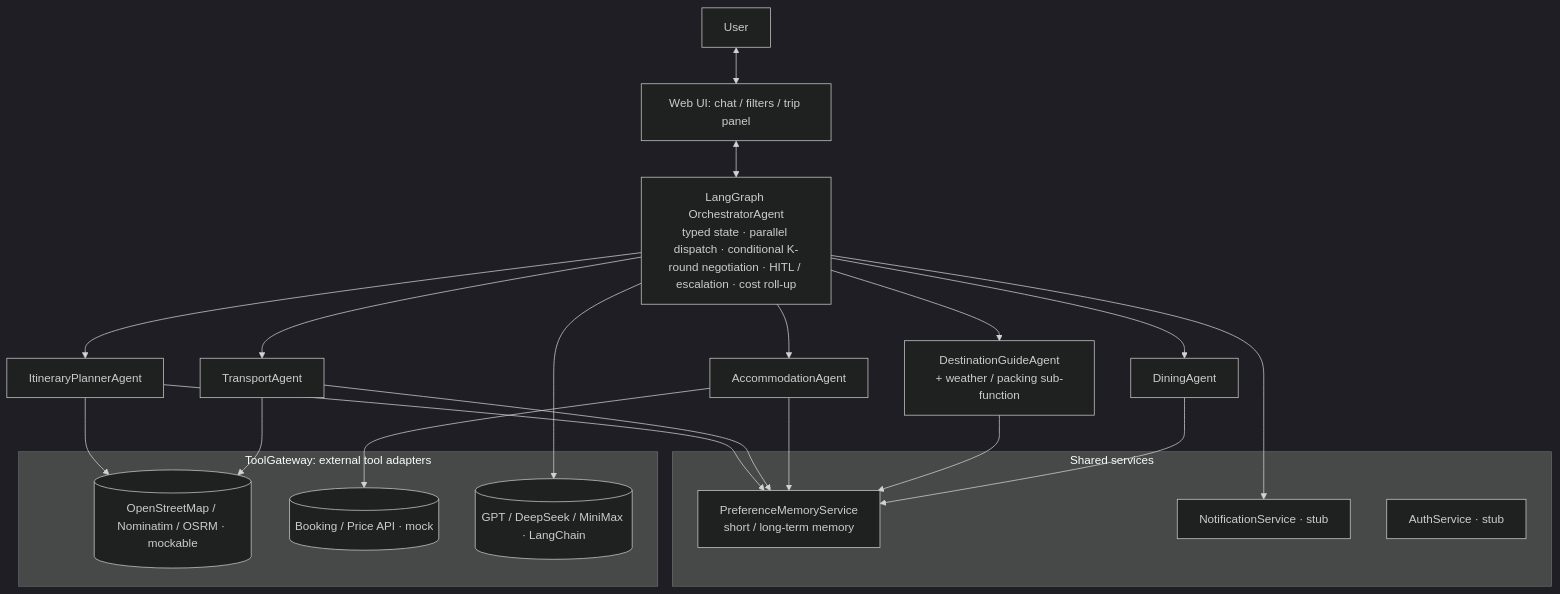
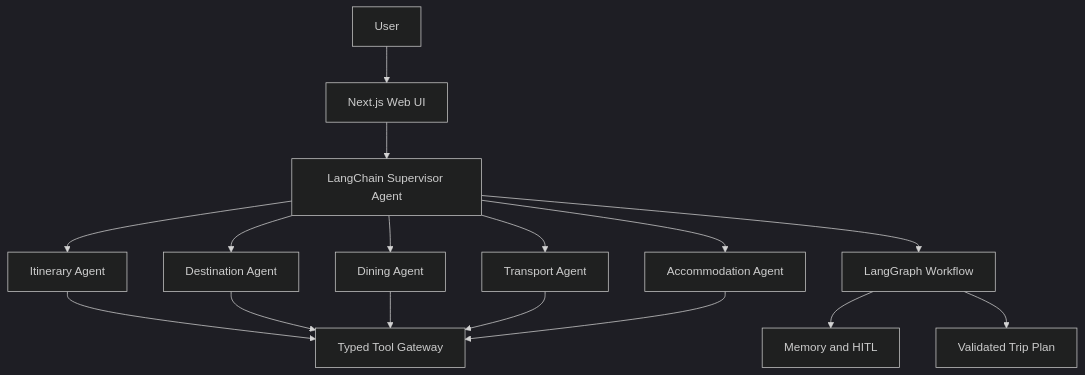
Before and after one commit to HeadmasterEggy/AI_TRIP_PLANNER: the diagram in README.md, drawn with Mermaid (dark theme). The commit also changed other lines of this file and 4 other files, not shown here.

````diff
--- a/README.md
+++ b/README.md
@@ -25,34 +25,18 @@
 ```mermaid
 flowchart TB
-    U[User] <--> UI[Web UI: chat / filters / trip panel]
-    UI <--> ORC[LangGraph OrchestratorAgent<br/>typed state · parallel dispatch · conditional K-round negotiation · HITL / escalation · cost roll-up]
-
-    ORC --> IT[ItineraryPlannerAgent]
-    ORC --> TR[TransportAgent]
-    ORC --> AC[AccommodationAgent]
-    ORC --> DG[DestinationGuideAgent<br/>+ weather / packing sub-function]
-    ORC --> DN[DiningAgent]
-
-    subgraph SVC[Shared services]
-      MEM[PreferenceMemoryService<br/>short / long-term memory]
-      NOT[NotificationService · stub]
-      AUTH[AuthService · stub]
-    end
-
-    subgraph TOOLS[ToolGateway: external tool adapters]
-      MAPS[(OpenStreetMap / Nominatim / OSRM · mockable)]
-      BOOK[(Booking / Price API · mock)]
-      LLM[(GPT / DeepSeek / MiniMax · LangChain)]
-    end
-
-    IT --> MEM
-    TR --> MEM
-    AC --> MEM
-    DG --> MEM
-    DN --> MEM
-    IT --> MAPS
-    TR --> MAPS
-    AC --> BOOK
-    ORC --> LLM
-    ORC --> NOT
+    U[User] --> UI[Next.js Web UI]
+    UI --> SUP[LangChain Supervisor Agent]
+    SUP --> IT[Itinerary Agent]
+    SUP --> DG[Destination Agent]
+    SUP --> DN[Dining Agent]
+    SUP --> TR[Transport Agent]
+    SUP --> AC[Accommodation Agent]
+    SUP --> WF[LangGraph Workflow]
+    WF --> HITL[Memory and HITL]
+    WF --> PLAN[Validated Trip Plan]
+    IT --> TOOLS[Typed Tool Gateway]
+    DG --> TOOLS
+    DN --> TOOLS
+    TR --> TOOLS
+    AC --> TOOLS
 ```
````
